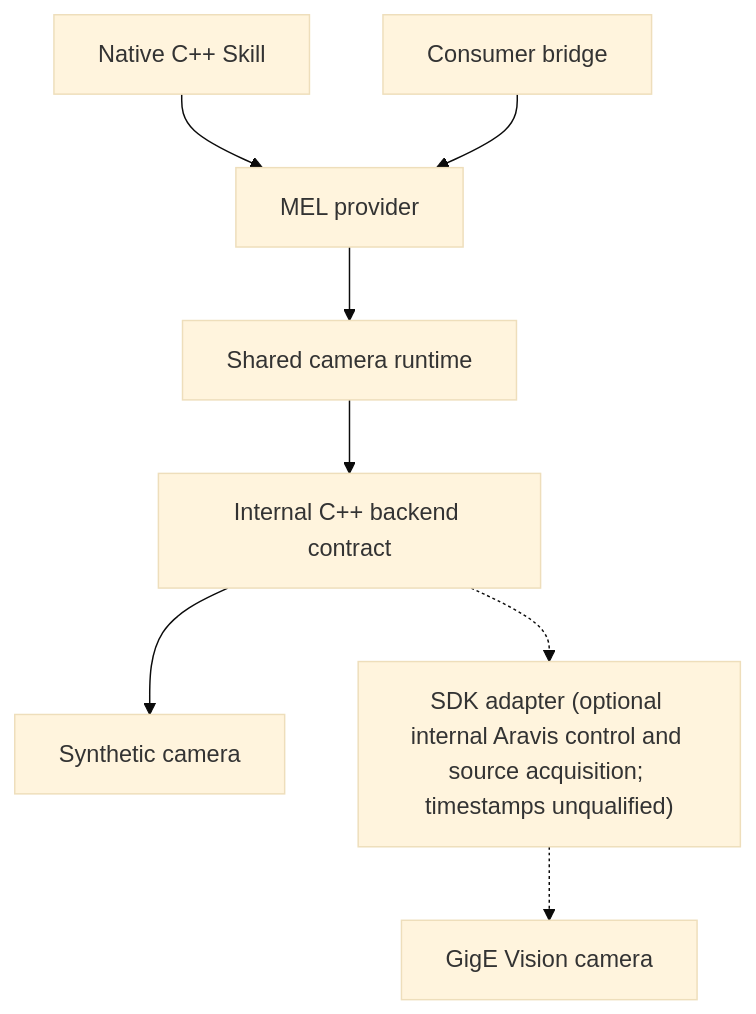
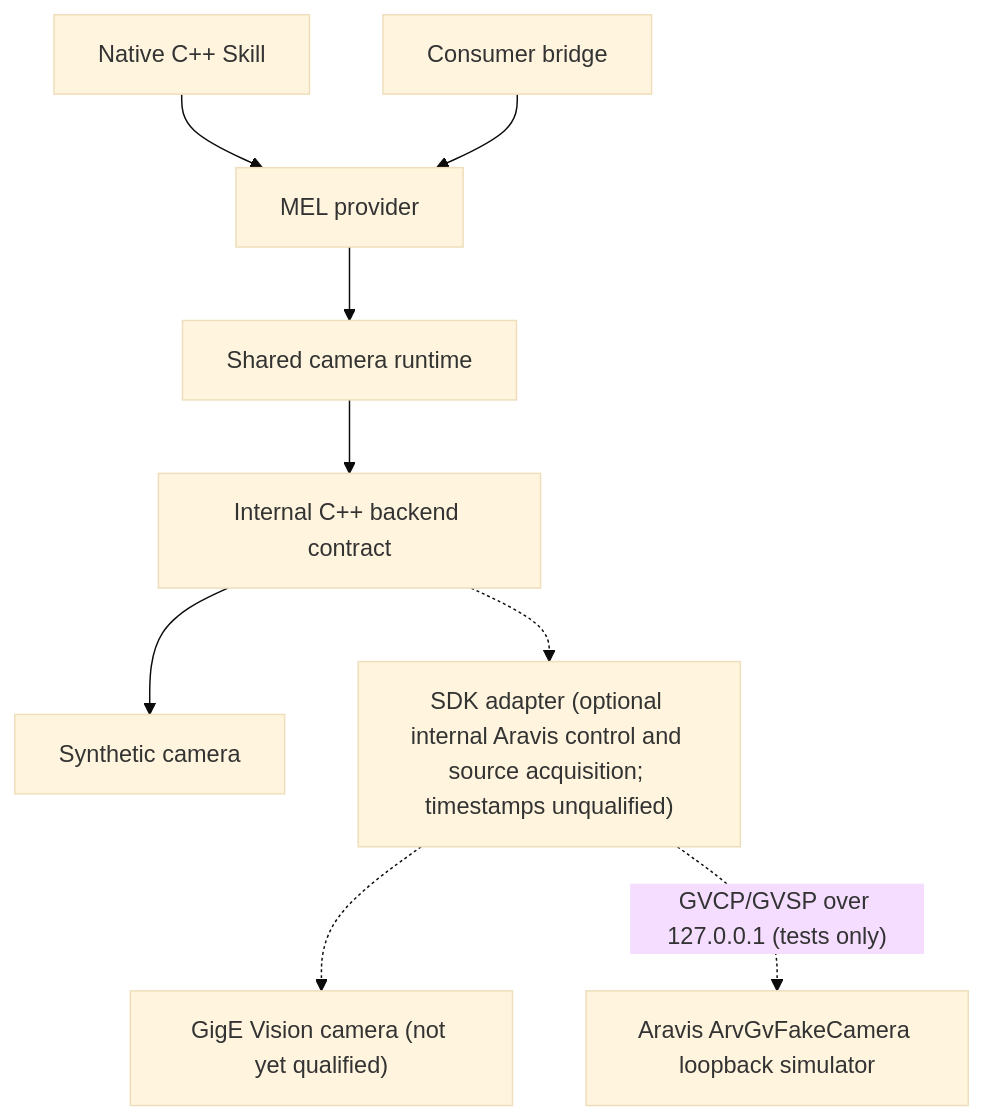
Before and after one commit to zackboll/ams-gra-gige-mel-provider: the first of 2 diagrams in docs/architecture.md, drawn with Mermaid (base theme). The commit also changed other lines of this file and 9 other files, not shown here.

````diff
--- a/docs/architecture.md
+++ b/docs/architecture.md
@@ -17,10 +17,11 @@
 ```mermaid
 flowchart TD
     Native["Native C++ Skill"] --> MEL["MEL provider"]
     Bridge["Consumer bridge"] --> MEL
     MEL --> Runtime["Shared camera runtime"]
     Runtime --> Contract["Internal C++ backend contract"]
     Contract --> Synthetic["Synthetic camera"]
     Contract -.-> SDK["SDK adapter (optional internal Aravis control and source acquisition; timestamps unqualified)"]
-    SDK -.-> Camera["GigE Vision camera"]
+    SDK -.-> Camera["GigE Vision camera (not yet qualified)"]
+    SDK -. "GVCP/GVSP over 127.0.0.1 (tests only)" .-> Simulator["Aravis ArvGvFakeCamera loopback simulator"]
 ```
````
